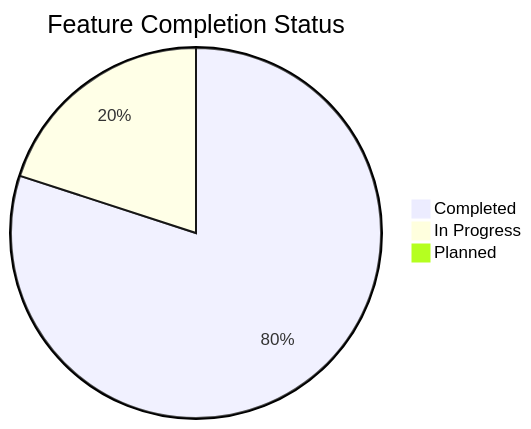
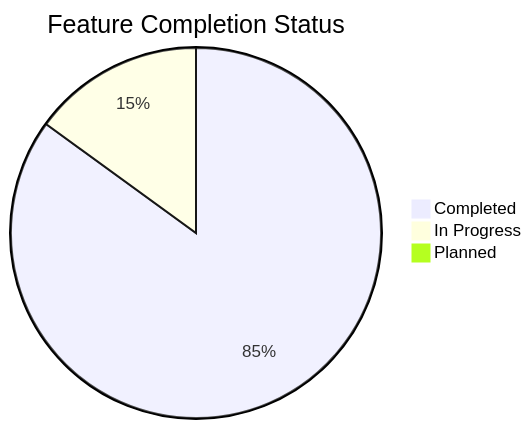
Before and after one commit to mrj0nesmtl/cloud-burst: the second of 2 diagrams in docs/planning/roadmap.md, drawn with Mermaid. The commit also changed other lines of this file and 38 other files, not shown here.

Commit message:
Update to version 0.8.3: Add Session 32 docs for Guest Onboarding & RSVP Flow, archive Session 31 files, update version and timeline across documentation

````diff
--- a/docs/planning/roadmap.md
+++ b/docs/planning/roadmap.md
@@ -344,6 +300,6 @@
 ```mermaid
 pie title Feature Completion Status
-    "Completed" : 80
-    "In Progress" : 20
+    "Completed" : 85
+    "In Progress" : 15
     "Planned" : 0
 ```
````
